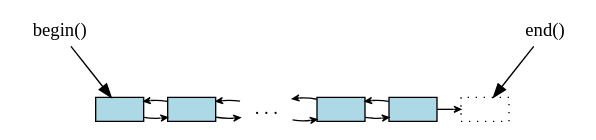
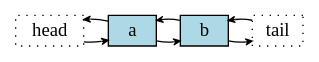
The third of 7 diagrams in _sources/containers/sequence-containers.rst (DaveParillo/intermediate-cpp), drawn with Graphviz before and after one commit. The commit also changed other lines of this file and 1 other file, not shown here.

```diff
--- a/_sources/containers/sequence-containers.rst
+++ b/_sources/containers/sequence-containers.rst
@@ -195,32 +195,17 @@
 .. graphviz::
 
    // doubly linked list
    digraph g {
-        node [fontname = "Bitstream Vera Sans", fontsize=14,
+       node [fontname = "Bitstream Vera Sans", fontsize=14,
              style=filled, fillcolor=lightblue,
-             shape=box, width=0.5, height=.25, label=""];
+             shape=box, width=0.5, height=.25];
 
 
-       a,b,d,e;
-       f [style=dotted];
-       node [style=none];
-       c [label=". . .", color=white];
+       head [style=dotted, fillcolor=white];
+       tail [style=dotted, fillcolor=white];
 
-       begin [shape=none, label="begin()"];
-       end [shape=none, label="end()"];
+       head -> a -> b -> tail [ arrowhead=vee, arrowsize=0.5];
+       tail -> b -> a -> head [ arrowhead=vee, arrowsize=0.5];
 
-       begin -> a;
-       a -> b -> c -> d -> e -> f [ arrowhead=vee, arrowsize=0.5];
-       e -> d -> c -> b -> a [ arrowhead=vee, arrowsize=0.5];
-       f -> end [dir=back];
-
-       node [style=invis] x,y;
-       node [shape=point] p1, p2;
-       edge [style=invis];
-       x -> a;
-       y -> f;
-       begin -> p1;
-       end -> p2;
-       p1 -> a ->f -> p2;
-       {rank=sink; p1 a b c d e f p2}
+      {rank=same; head a b tail}
    }
```
